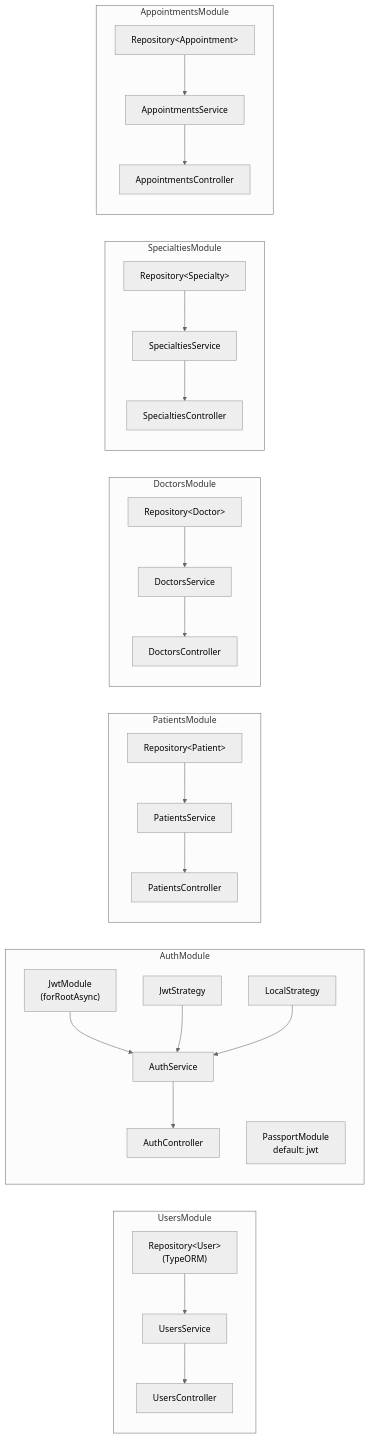
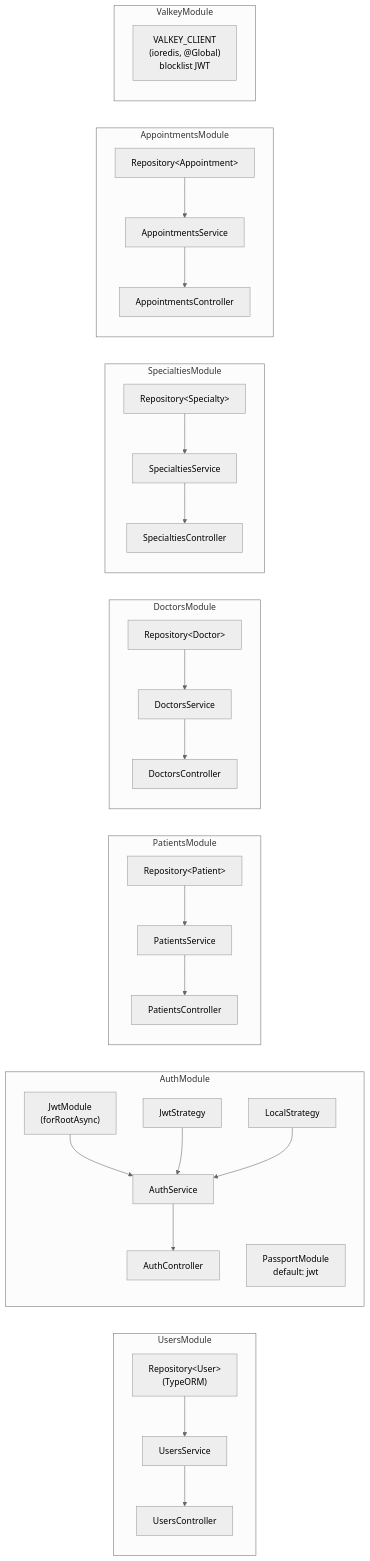
One commit to MiguelAngelRamos/base-nest-deluxe changed the second of 3 diagrams in MODULES.md. Above: the diagram before and after it, drawn with Mermaid (neutral theme). The commit also changed other lines of this file and 31 other files, not shown here.

````diff
--- a/MODULES.md
+++ b/MODULES.md
@@ -50,56 +55,61 @@
 ```mermaid
 graph LR
     subgraph UsersModule
         direction TB
         UM_R["Repository&lt;User&gt;\n(TypeORM)"]
         UM_S["UsersService"]
         UM_C["UsersController"]
         UM_R --> UM_S --> UM_C
     end
 
     subgraph AuthModule
         direction TB
         AM_J["JwtModule\n(forRootAsync)"]
         AM_P["PassportModule\ndefault: jwt"]
         AM_JS["JwtStrategy"]
         AM_LS["LocalStrategy"]
         AM_S["AuthService"]
         AM_C["AuthController"]
         AM_S --> AM_C
         AM_J --> AM_S
         AM_JS --> AM_S
         AM_LS --> AM_S
     end
 
     subgraph PatientsModule
         direction TB
         PM_R["Repository&lt;Patient&gt;"]
         PM_S["PatientsService"]
         PM_C["PatientsController"]
         PM_R --> PM_S --> PM_C
     end
 
     subgraph DoctorsModule
         direction TB
         DM_R["Repository&lt;Doctor&gt;"]
         DM_S["DoctorsService"]
         DM_C["DoctorsController"]
         DM_R --> DM_S --> DM_C
     end
 
     subgraph SpecialtiesModule
         direction TB
         SM_R["Repository&lt;Specialty&gt;"]
         SM_S["SpecialtiesService"]
         SM_C["SpecialtiesController"]
         SM_R --> SM_S --> SM_C
     end
 
     subgraph AppointmentsModule
         direction TB
         APM_R["Repository&lt;Appointment&gt;"]
         APM_S["AppointmentsService"]
         APM_C["AppointmentsController"]
         APM_R --> APM_S --> APM_C
     end
+
+    subgraph ValkeyModule
+        direction TB
+        VM_C["VALKEY_CLIENT\n(ioredis, @Global)\nblocklist JWT"]
+    end
 ```
````
